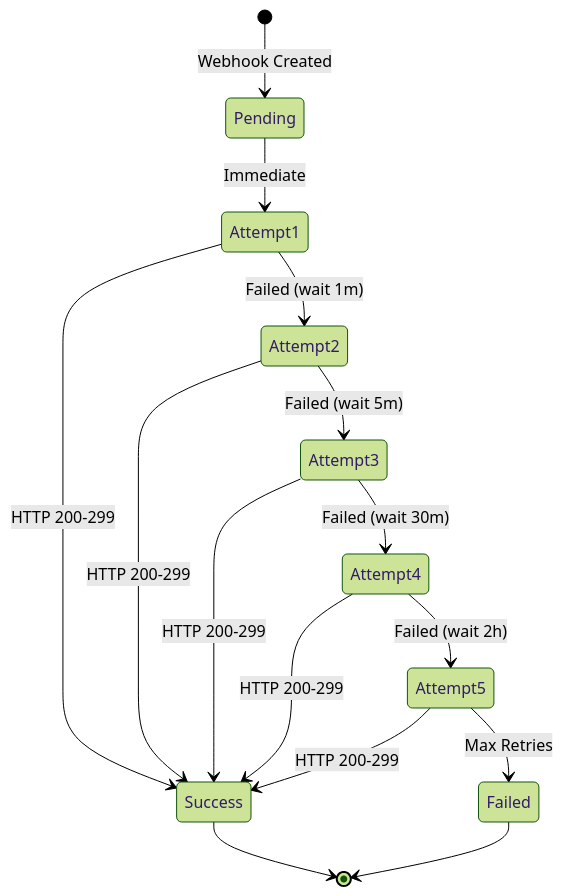
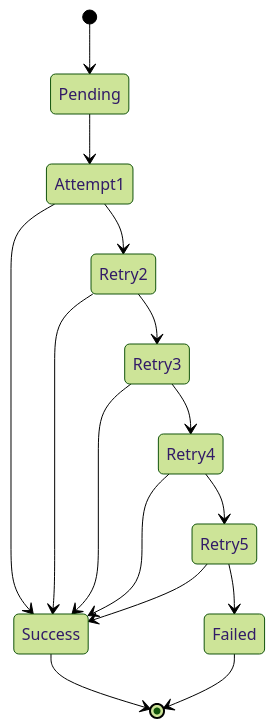
The third of 4 diagrams in docs/ARCHITECTURE.md (vinay-nethala/Payment-Gateway-with-Async-Processing), drawn with Mermaid (forest theme) before and after one commit. The commit also changed other lines of this file, not shown here.

````diff
--- a/docs/ARCHITECTURE.md
+++ b/docs/ARCHITECTURE.md
@@ -86,17 +74,22 @@
 ```mermaid
-stateDiagram-v2
-    [*] --> Pending: Webhook Created
-    Pending --> Attempt1: Immediate
-    Attempt1 --> Success: HTTP 200-299
-    Attempt1 --> Attempt2: Failed (wait 1m)
-    Attempt2 --> Success: HTTP 200-299
-    Attempt2 --> Attempt3: Failed (wait 5m)
-    Attempt3 --> Success: HTTP 200-299
-    Attempt3 --> Attempt4: Failed (wait 30m)
-    Attempt4 --> Success: HTTP 200-299
-    Attempt4 --> Attempt5: Failed (wait 2h)
-    Attempt5 --> Success: HTTP 200-299
-    Attempt5 --> Failed: Max Retries
+ stateDiagram-v2
+    [*] --> Pending
+    Pending --> Attempt1
+    Attempt1 --> Success
+    Attempt1 --> Retry2
+
+    Retry2 --> Success
+    Retry2 --> Retry3
+
+    Retry3 --> Success
+    Retry3 --> Retry4
+
+    Retry4 --> Success
+    Retry4 --> Retry5
+
+    Retry5 --> Success
+    Retry5 --> Failed
+
     Success --> [*]
     Failed --> [*]
 ```
````
